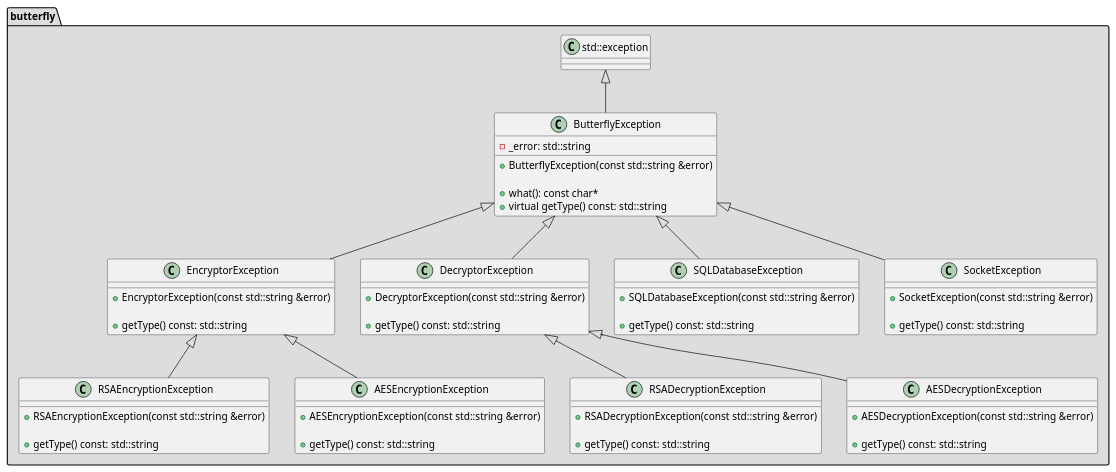
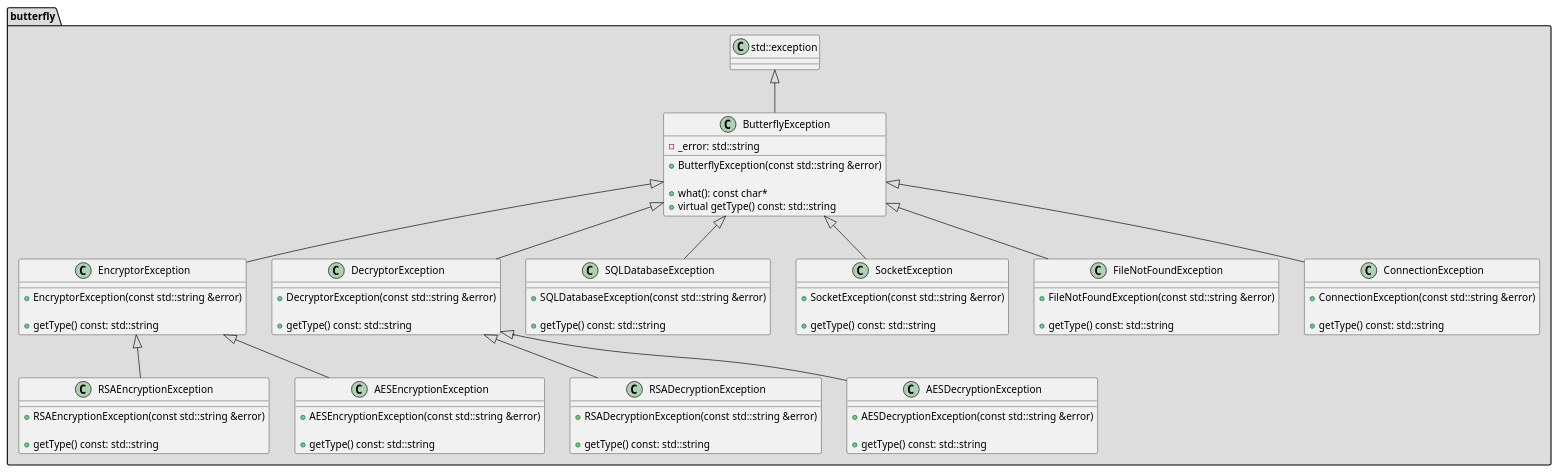
The diagram in architecture/class_diagrams/bflyExceptions.puml (bierschi/butterfly), drawn with PlantUML before and after one commit. The commit also changed 7 other files, not shown here.

```diff
--- a/architecture/class_diagrams/bflyExceptions.puml
+++ b/architecture/class_diagrams/bflyExceptions.puml
@@ -1,99 +1,116 @@
 @startuml
 
 package butterfly #DDDDDD
 {
 
 class std::exception
 {
 
 }
 
 class ButterflyException
 {
     - _error: std::string
 
     + ButterflyException(const std::string &error)
 
     + what(): const char*
     + virtual getType() const: std::string
 }
 
 class RSAEncryptionException
 {
 
     + RSAEncryptionException(const std::string &error)
 
     + getType() const: std::string
 }
 
 class RSADecryptionException
 {
 
     + RSADecryptionException(const std::string &error)
 
     + getType() const: std::string
 }
 
 class AESEncryptionException
 {
 
     + AESEncryptionException(const std::string &error)
 
     + getType() const: std::string
 }
 
 class AESDecryptionException
 {
 
     + AESDecryptionException(const std::string &error)
 
     + getType() const: std::string
 }
 
 class EncryptorException
 {
 
     + EncryptorException(const std::string &error)
 
     + getType() const: std::string
 }
 
 class DecryptorException
 {
 
     + DecryptorException(const std::string &error)
 
     + getType() const: std::string
 }
 
 class SQLDatabaseException
 {
 
     + SQLDatabaseException(const std::string &error)
 
     + getType() const: std::string
 }
 
 class SocketException
 {
 
     + SocketException(const std::string &error)
 
     + getType() const: std::string
 }
 
+class FileNotFoundException
+{
+
+    + FileNotFoundException(const std::string &error)
+
+    + getType() const: std::string
+}
+
+class ConnectionException
+{
+
+    + ConnectionException(const std::string &error)
+
+    + getType() const: std::string
+}
 
 std::exception <|-- ButterflyException
 ButterflyException <|-- EncryptorException
 ButterflyException <|-- DecryptorException
 
 EncryptorException <|-- RSAEncryptionException
 DecryptorException <|-- RSADecryptionException
 EncryptorException <|-- AESEncryptionException
 DecryptorException <|-- AESDecryptionException
 
 ButterflyException <|-- SQLDatabaseException
 ButterflyException <|-- SocketException
+ButterflyException <|-- FileNotFoundException
+ButterflyException <|-- ConnectionException
 
 }
 @enduml
```
